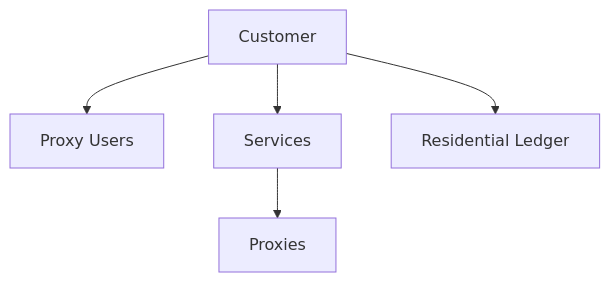
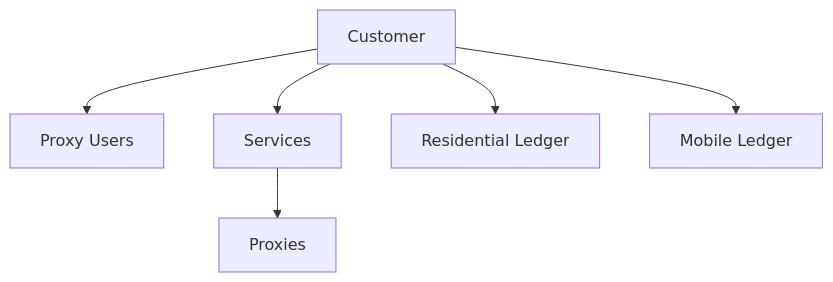
One commit to pingproxies/ping-proxies-public-api-docs changed the diagram in api-objects/customer.mdx. Above: the diagram before and after it, drawn with Mermaid. The commit also changed other lines of this file and 11 other files, not shown here.

````diff
--- a/api-objects/customer.mdx
+++ b/api-objects/customer.mdx
@@ -31,7 +34,8 @@
 ```mermaid
 graph TD
     Customer --> ProxyUsers["Proxy Users"]
     Customer --> Services
     Services --> Proxies
     Customer --> ResidentialLedger["Residential Ledger"]
+    Customer --> MobileLedger["Mobile Ledger"]
 ```
````
